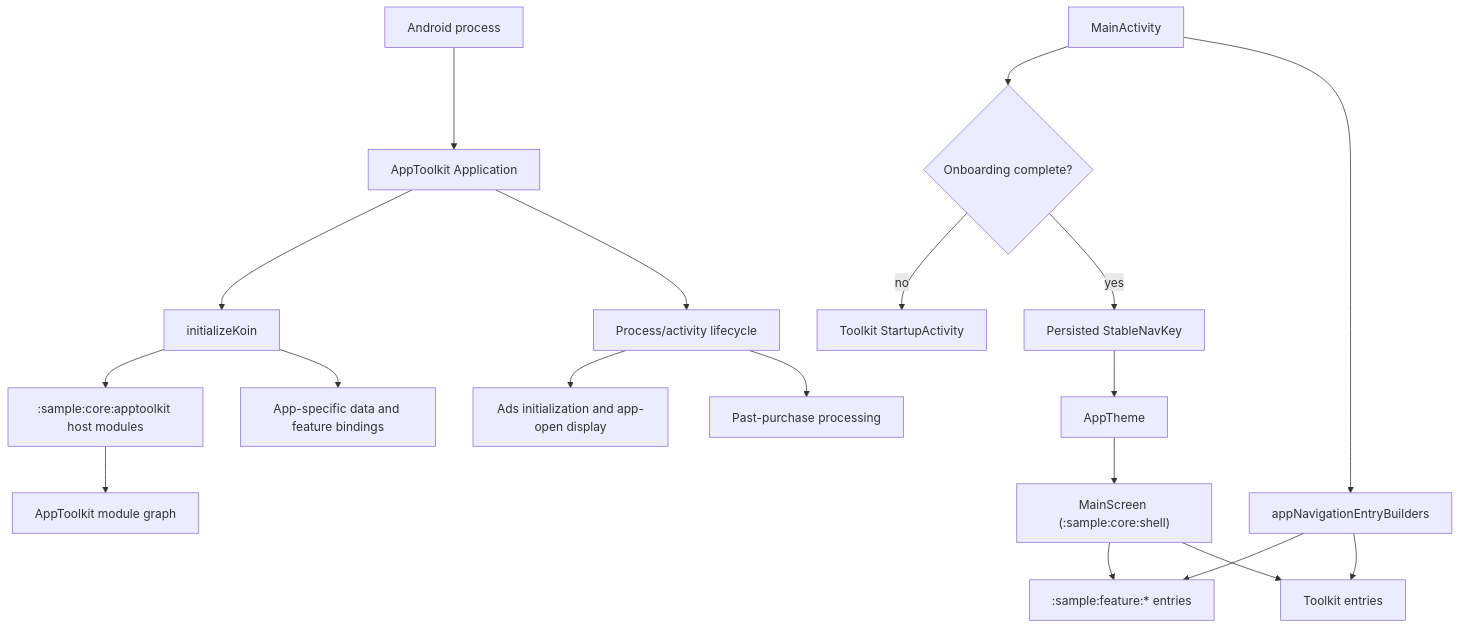
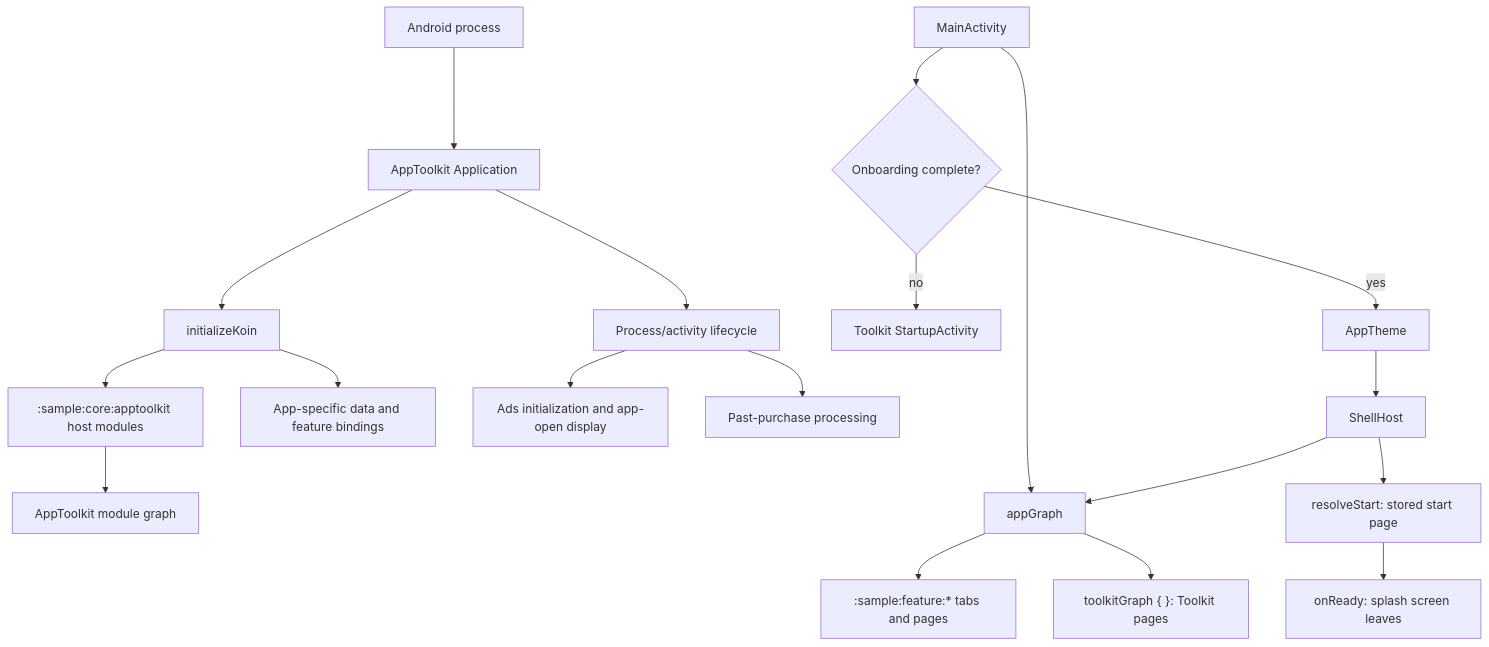
The diagram in sample/app/README.md (MihaiCristianCondrea/App-Toolkit-for-Android), drawn with Mermaid before and after one commit. The commit also changed other lines of this file and 130 other files, not shown here.

````diff
--- a/sample/app/README.md
+++ b/sample/app/README.md
@@ -53,21 +59,21 @@
 ```mermaid
 flowchart TD
     Process[Android process] --> App[AppToolkit Application]
     App --> Koin[initializeKoin]
     Koin --> Adapter[":sample:core:apptoolkit host modules"]
     Adapter --> AppToolkit[AppToolkit module graph]
     Koin --> HostModules[App-specific data and feature bindings]
     App --> Lifecycle[Process/activity lifecycle]
     Lifecycle --> Ads[Ads initialization and app-open display]
     Lifecycle --> Billing[Past-purchase processing]
     Launcher[MainActivity] --> FirstRun{Onboarding complete?}
     FirstRun -->|no| Startup[Toolkit StartupActivity]
-    FirstRun -->|yes| Route[Persisted StableNavKey]
-    Route --> Theme[AppTheme]
-    Theme --> Shell["MainScreen (:sample:core:shell)"]
-    Launcher --> Builders[appNavigationEntryBuilders]
-    Builders --> HostEntries[":sample:feature:* entries"]
-    Builders --> ToolkitEntries[Toolkit entries]
-    Shell --> HostEntries
-    Shell --> ToolkitEntries
+    FirstRun -->|yes| Theme[AppTheme]
+    Theme --> Host[ShellHost]
+    Launcher --> Graph[appGraph]
+    Graph --> HostPages[":sample:feature:* tabs and pages"]
+    Graph --> ToolkitPages["toolkitGraph { }: Toolkit pages"]
+    Host --> Graph
+    Host --> Start[resolveStart: stored start page]
+    Start --> Ready[onReady: splash screen leaves]
 ```
````
